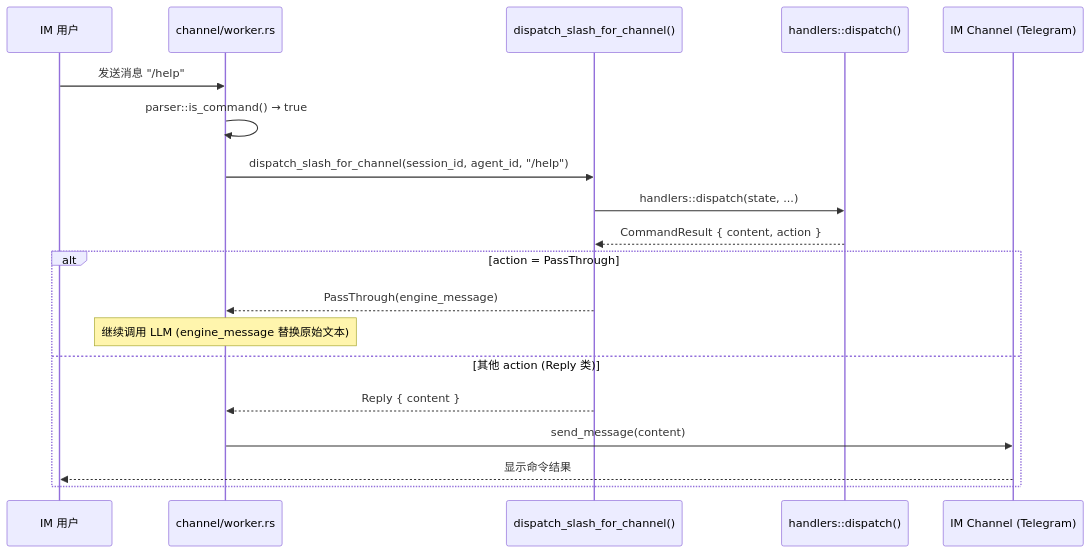
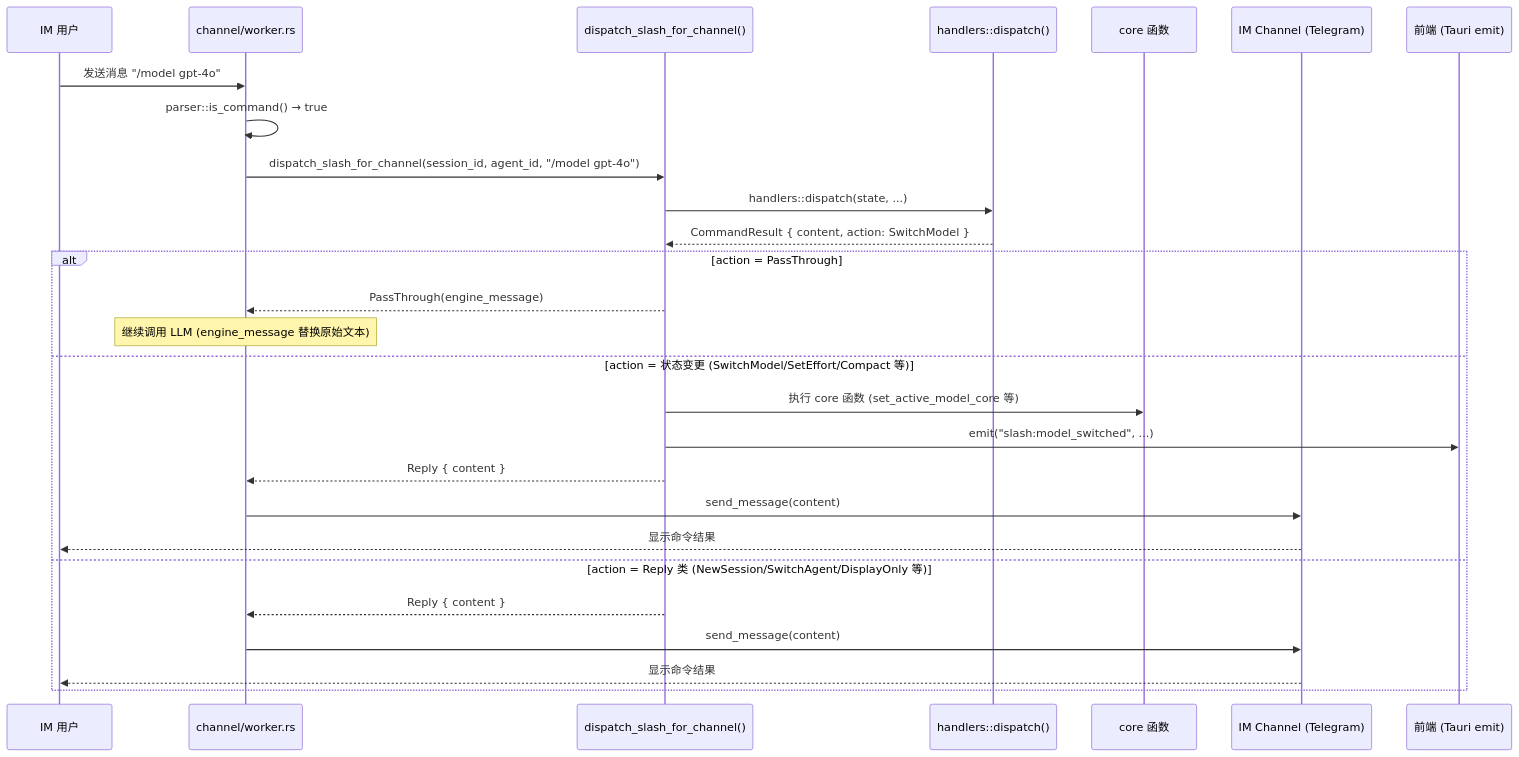
The second of 3 diagrams in docs/slash-commands.md (shiwenwen/hope-agent), drawn with Mermaid before and after one commit. The commit also changed other lines of this file, not shown here.

First line of the commit message:
docs: update slash-commands.md to reflect channel command alignment

````diff
--- a/docs/slash-commands.md
+++ b/docs/slash-commands.md
@@ -52,22 +52,30 @@
 ```mermaid
 sequenceDiagram
     participant U as IM 用户
     participant W as channel/worker.rs
     participant SC as dispatch_slash_for_channel()
     participant D as handlers::dispatch()
+    participant Core as core 函数
     participant CH as IM Channel (Telegram)
+    participant FE as 前端 (Tauri emit)
 
-    U->>W: 发送消息 "/help"
+    U->>W: 发送消息 "/model gpt-4o"
     W->>W: parser::is_command() → true
-    W->>SC: dispatch_slash_for_channel(session_id, agent_id, "/help")
+    W->>SC: dispatch_slash_for_channel(session_id, agent_id, "/model gpt-4o")
     SC->>D: handlers::dispatch(state, ...)
-    D-->>SC: CommandResult { content, action }
+    D-->>SC: CommandResult { content, action: SwitchModel }
     alt action = PassThrough
         SC-->>W: PassThrough(engine_message)
         Note over W: 继续调用 LLM (engine_message 替换原始文本)
-    else 其他 action (Reply 类)
+    else action = 状态变更 (SwitchModel/SetEffort/Compact 等)
+        SC->>Core: 执行 core 函数 (set_active_model_core 等)
+        SC->>FE: emit("slash:model_switched", ...)
+        SC-->>W: Reply { content }
+        W->>CH: send_message(content)
+        CH-->>U: 显示命令结果
+    else action = Reply 类 (NewSession/SwitchAgent/DisplayOnly 等)
         SC-->>W: Reply { content }
         W->>CH: send_message(content)
         CH-->>U: 显示命令结果
     end
 ```
````
